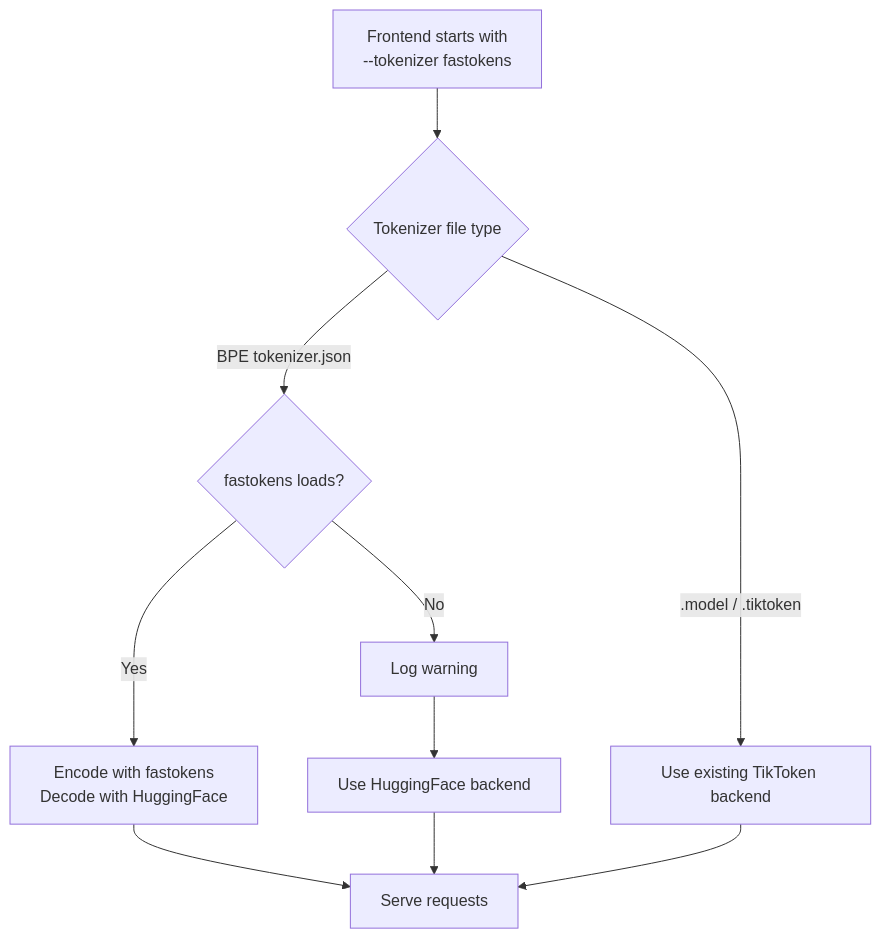
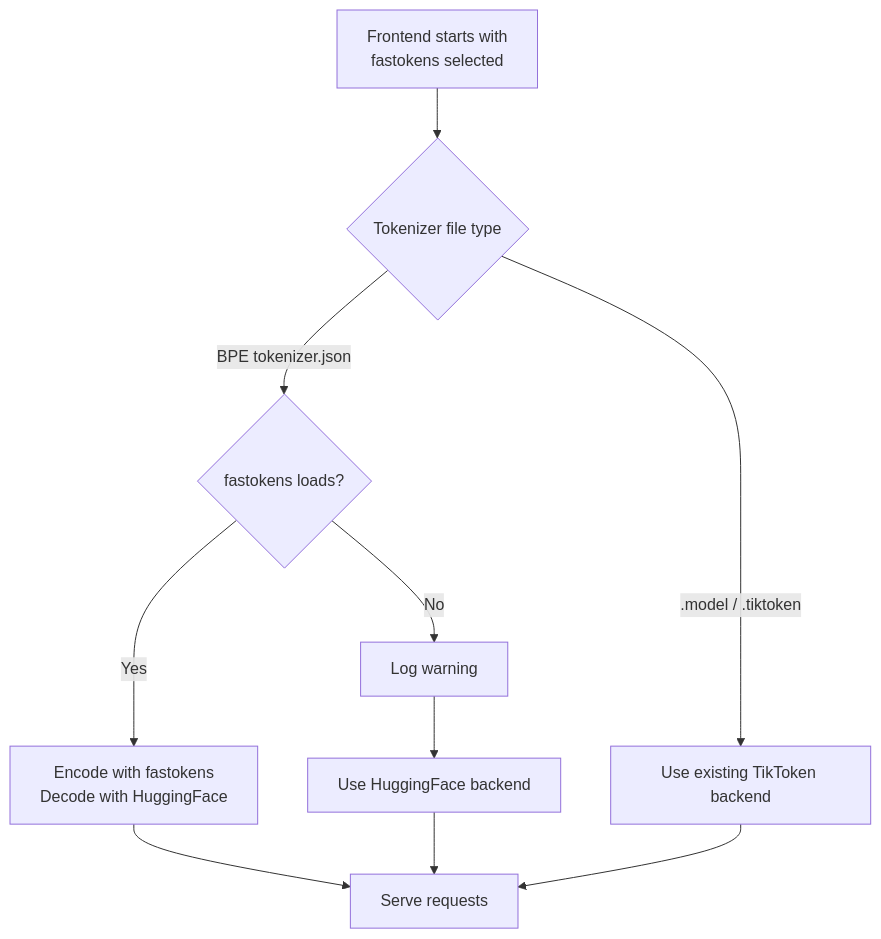
The diagram in docs/features/tokenizer/README.md (ai-dynamo/dynamo), drawn with Mermaid before and after one commit. The commit also changed other lines of this file and 5 other files, not shown here.

Commit message:
feat(frontend): make fastokens the default tokenizer

````diff
--- a/docs/features/tokenizer/README.md
+++ b/docs/features/tokenizer/README.md
@@ -34,11 +34,11 @@
 ```mermaid
 flowchart TD
-    Start["Frontend starts with<br/>--tokenizer fastokens"] --> Kind{"Tokenizer file type"}
+    Start["Frontend starts with<br/>fastokens selected"] --> Kind{"Tokenizer file type"}
     Kind -->|BPE tokenizer.json| Load{"fastokens loads?"}
     Kind -->|.model / .tiktoken| Other["Use existing TikToken backend"]
     Load -->|Yes| Fast["Encode with fastokens<br/>Decode with HuggingFace"]
     Load -->|No| Warn["Log warning"] --> Default["Use HuggingFace backend"]
     Fast --> Serve["Serve requests"]
     Default --> Serve
     Other --> Serve
 ```
````
